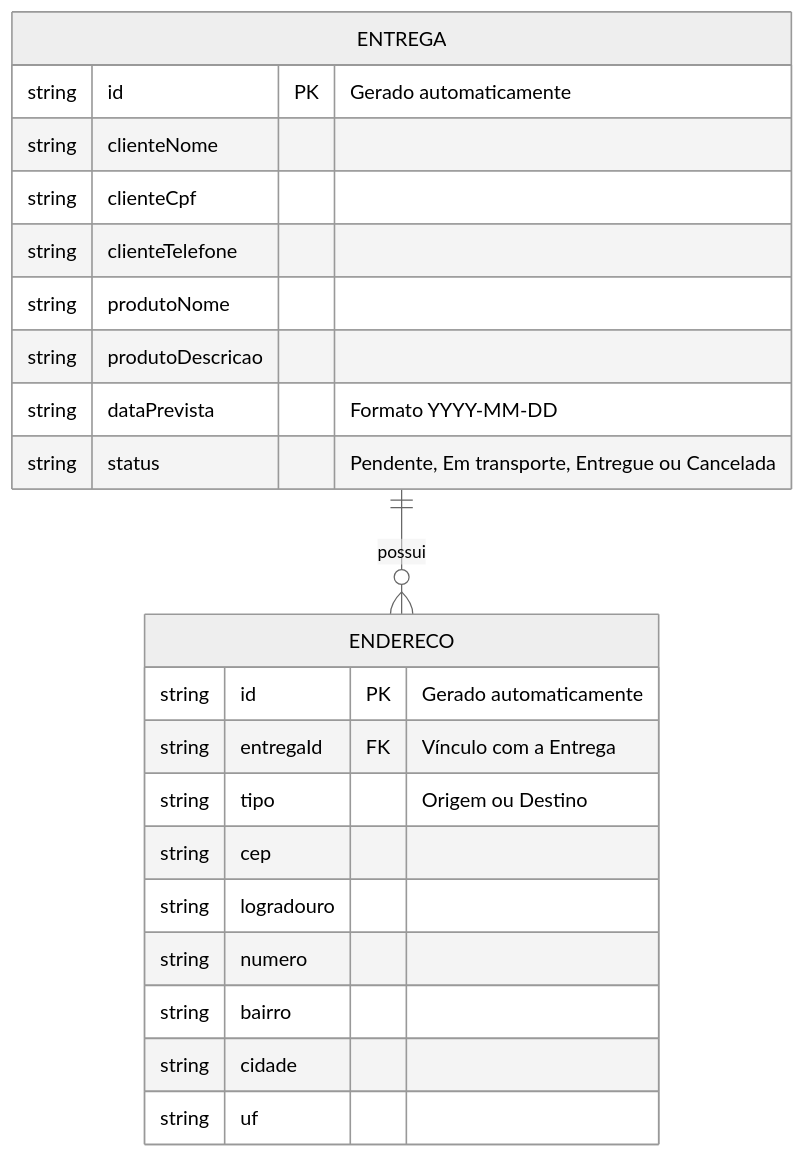
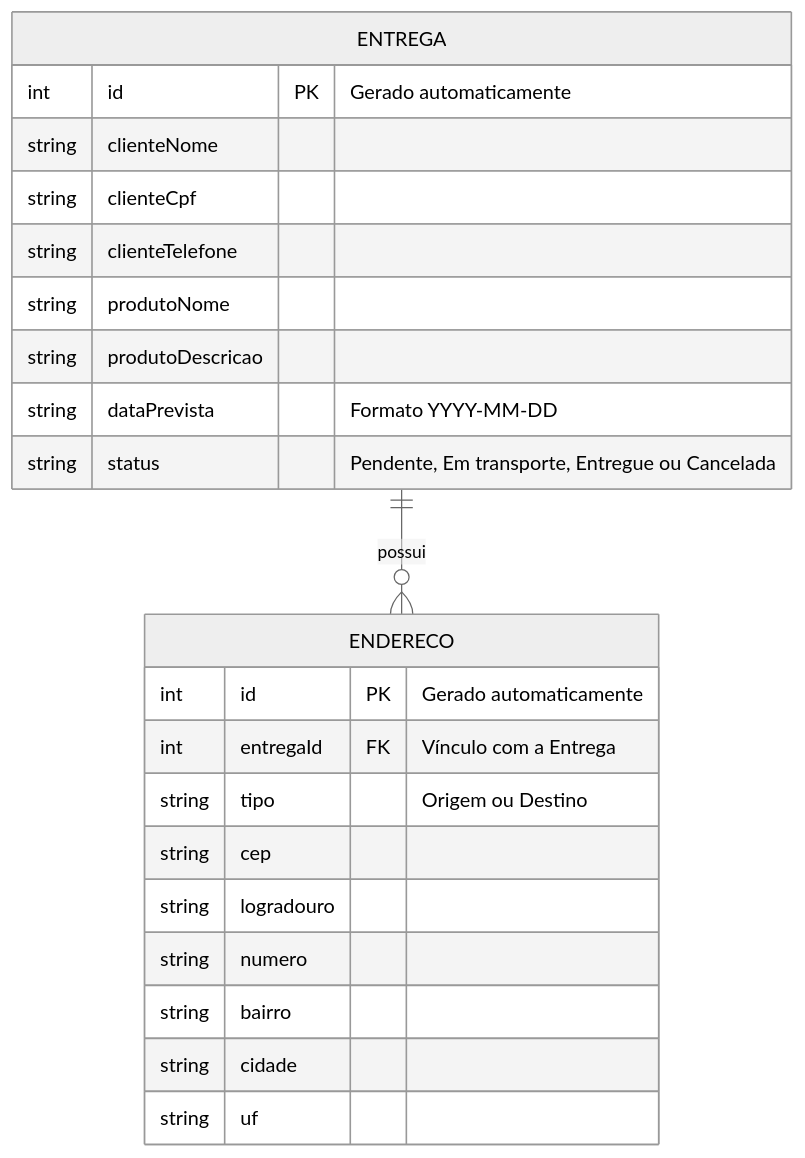
One commit to lucasbrugge/entrega-facil changed the diagram in docs/architecture.md. Above: the diagram before and after it, drawn with Mermaid (neutral theme).

Commit message:
Change data type from string to int for IDs

````diff
--- a/docs/architecture.md
+++ b/docs/architecture.md
@@ -9,27 +9,27 @@
 ```mermaid
 erDiagram
     ENTREGA ||--o{ ENDERECO : possui
 
     ENTREGA {
-        string id PK "Gerado automaticamente"
+        int id PK "Gerado automaticamente"
         string clienteNome
         string clienteCpf
         string clienteTelefone
         string produtoNome
         string produtoDescricao
         string dataPrevista "Formato YYYY-MM-DD"
         string status "Pendente, Em transporte, Entregue ou Cancelada"
     }
 
     ENDERECO {
-        string id PK "Gerado automaticamente"
-        string entregaId FK "Vínculo com a Entrega"
+        int id PK "Gerado automaticamente"
+        int entregaId FK "Vínculo com a Entrega"
         string tipo "Origem ou Destino"
         string cep
         string logradouro
         string numero
         string bairro
         string cidade
         string uf
     }
 ```
````
